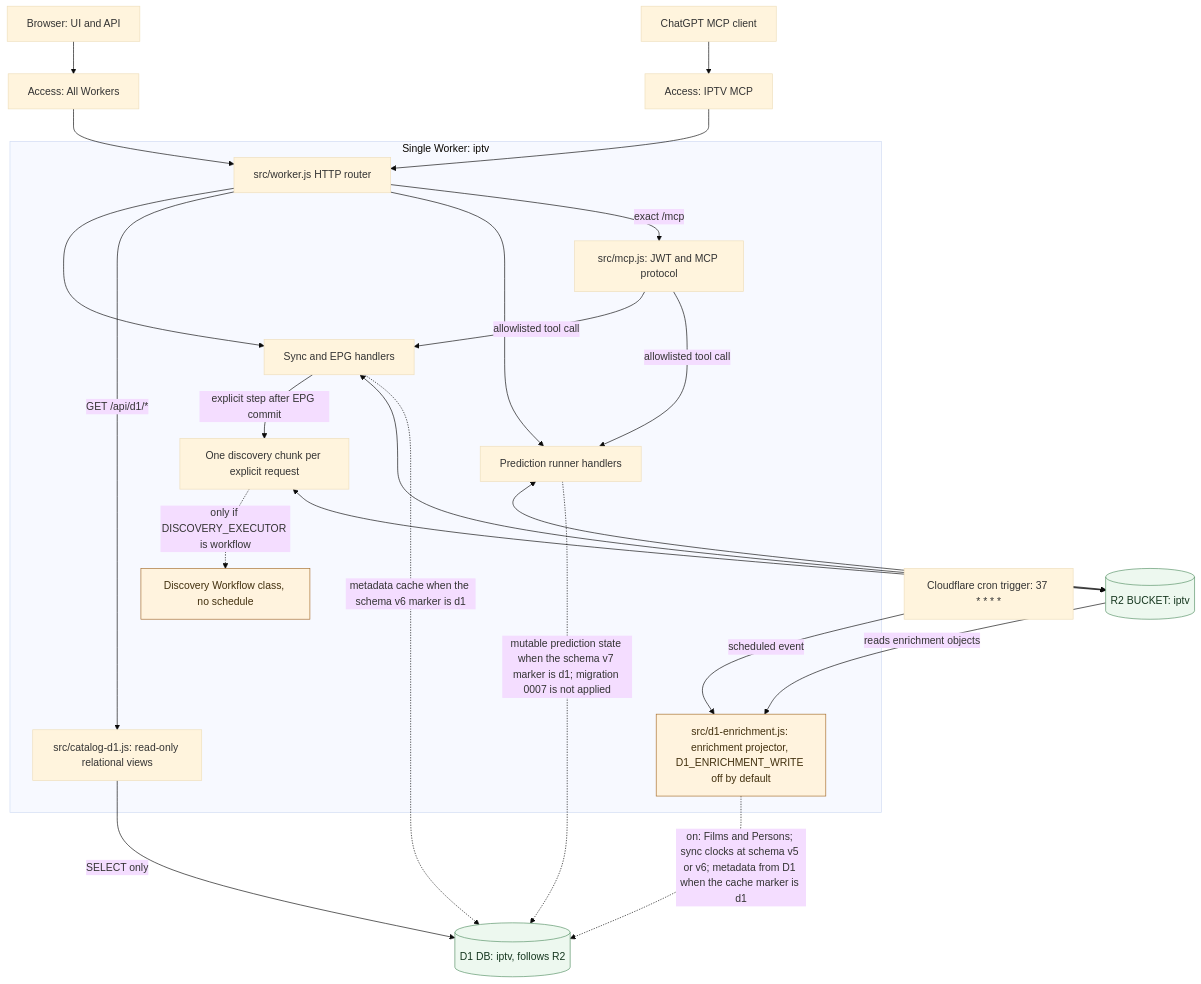
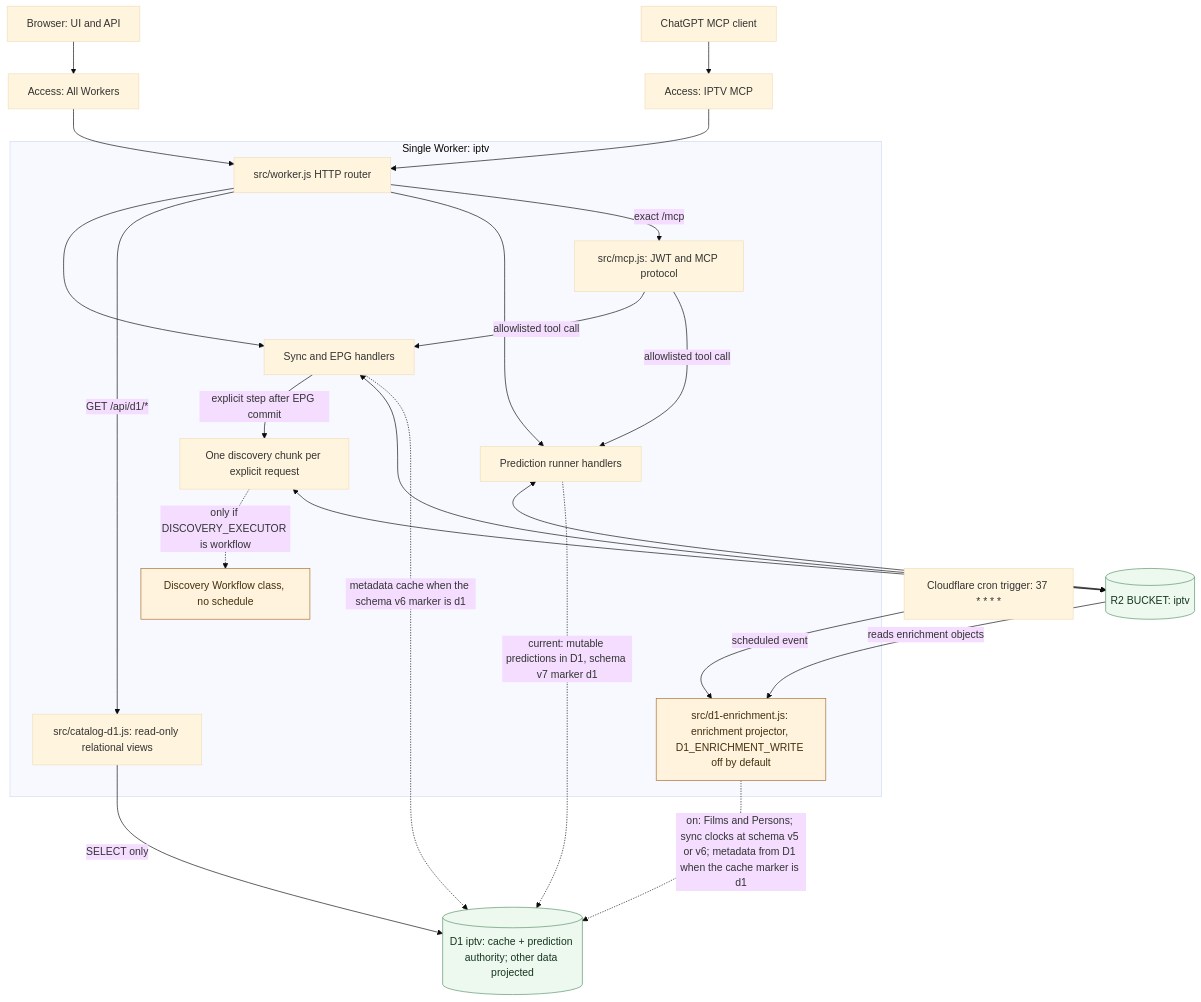
The diagram in docs/architecture/runtime-topology.md (vladimino/iptv-watchlist), drawn with Mermaid (base theme) before and after one commit. The commit also changed other lines of this file and 9 other files, not shown here.

Commit message:
docs(air-317): reflect production D1 prediction authority and natural run

````diff
--- a/docs/architecture/runtime-topology.md
+++ b/docs/architecture/runtime-topology.md
@@ -5,43 +5,43 @@
 ```mermaid
 flowchart TB
     web["Browser: UI and API"]
     mcpClient["ChatGPT MCP client"]
     webAccess["Access: All Workers"]
     mcpAccess["Access: IPTV MCP"]
     cron["Cloudflare cron trigger: 37 * * * *"]
     subgraph worker["Single Worker: iptv"]
         route["src/worker.js HTTP router"]
         mcp["src/mcp.js: JWT and MCP protocol"]
         sync["Sync and EPG handlers"]
         prediction["Prediction runner handlers"]
         discovery["One discovery chunk per explicit request"]
         catalogD1["src/catalog-d1.js: read-only relational views"]
         projector["src/d1-enrichment.js: enrichment projector, D1_ENRICHMENT_WRITE off by default"]
         route --> sync
         route -->|GET /api/d1/*| catalogD1
         route --> prediction
         route -->|exact /mcp| mcp
         mcp -->|allowlisted tool call| sync
         mcp -->|allowlisted tool call| prediction
         sync -->|explicit step after EPG commit| discovery
         workflow["Discovery Workflow class, no schedule"]
         discovery -.->|only if DISCOVERY_EXECUTOR is workflow| workflow
     end
     store[("R2 BUCKET: iptv")]
-    d1[("D1 DB: iptv, follows R2")]
+    d1[("D1 iptv: cache + prediction authority; other data projected")]
     web --> webAccess --> route
     mcpClient --> mcpAccess --> route
     sync <--> store
     prediction <--> store
-    prediction -.->|mutable prediction state when the schema v7 marker is d1; migration 0007 is not applied| d1
+    prediction -.->|current: mutable predictions in D1, schema v7 marker d1| d1
     discovery <--> store
     catalogD1 -->|SELECT only| d1
     cron -->|scheduled event| projector
     store -->|reads enrichment objects| projector
     projector -.->|on: Films and Persons; sync clocks at schema v5 or v6; metadata from D1 when the cache marker is d1| d1
     sync -.->|metadata cache when the schema v6 marker is d1| d1
     classDef current fill:#edf8ef,stroke:#579266,color:#15361e
     classDef gated fill:#fff3de,stroke:#a56c2b,color:#42300e
     class store,d1 current
     class projector,workflow gated
 ```
````
